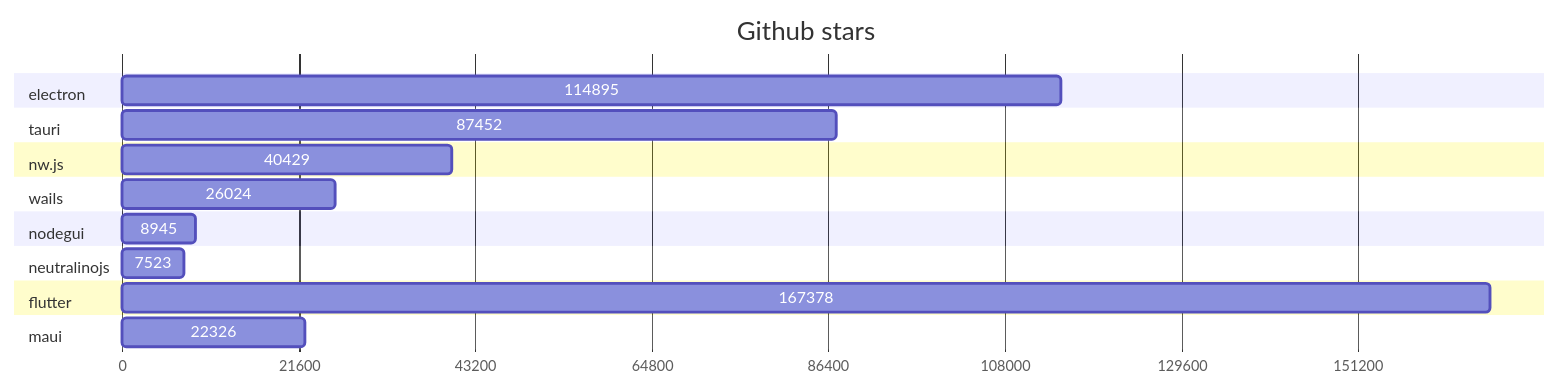
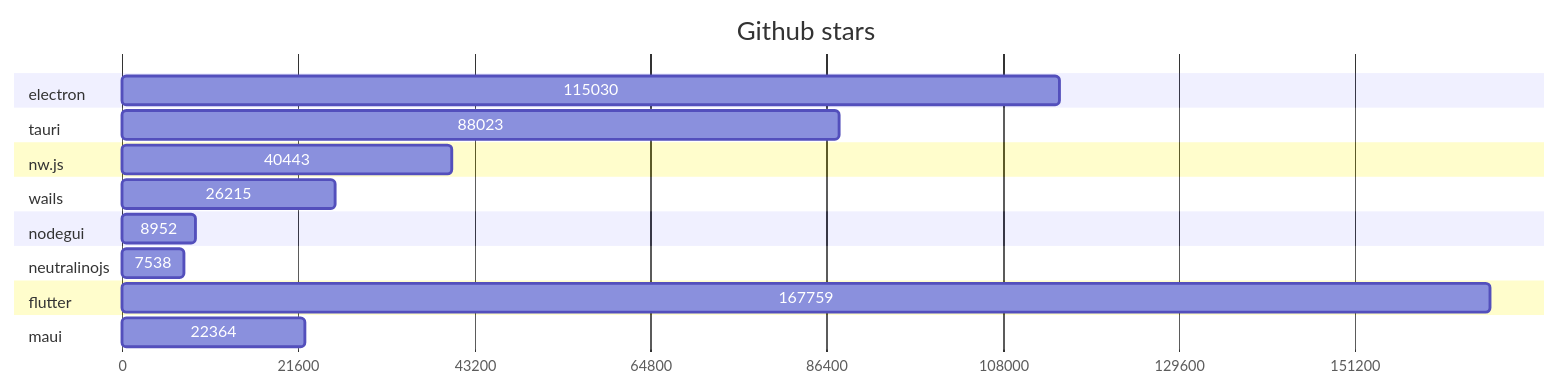
The first of 2 diagrams in GRAPHS.md (Elanis/web-to-desktop-framework-comparison), drawn with Mermaid before and after one commit. The commit also changed other lines of this file and 2 other files, not shown here.

Commit message:
Update stars & Fork

````diff
--- a/GRAPHS.md
+++ b/GRAPHS.md
@@ -5,40 +5,40 @@
 ```mermaid
 gantt
     title Github stars
     dateFormat  X
     axisFormat %s
 
 
 	section electron
-	114895 : 0, 114895
+	115030 : 0, 115030
 
 	
 	section tauri
-	87452 : 0, 87452
+	88023 : 0, 88023
 
 	
 	section nw.js
-	40429 : 0, 40429
+	40443 : 0, 40443
 
 	
 	section wails
-	26024 : 0, 26024
+	26215 : 0, 26215
 
 	
 	section nodegui
-	8945 : 0, 8945
+	8952 : 0, 8952
 
 	
 	section neutralinojs
-	7523 : 0, 7523
+	7538 : 0, 7538
 
 	
 	section flutter
-	167378 : 0, 167378
+	167759 : 0, 167759
 
 	
 	section maui
-	22326 : 0, 22326
+	22364 : 0, 22364
 
 	
 ```
````
